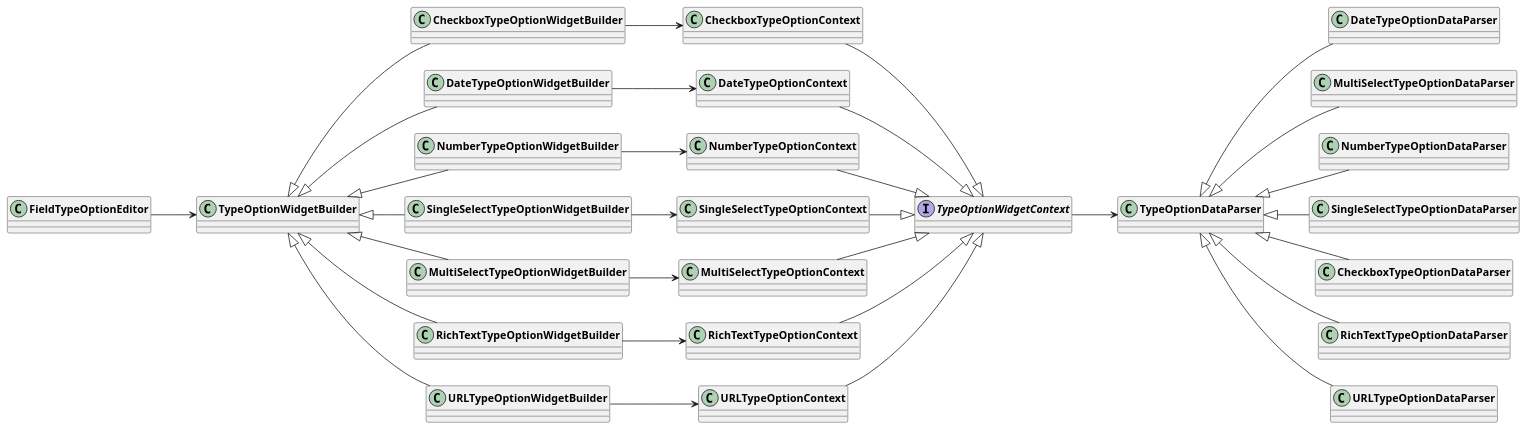
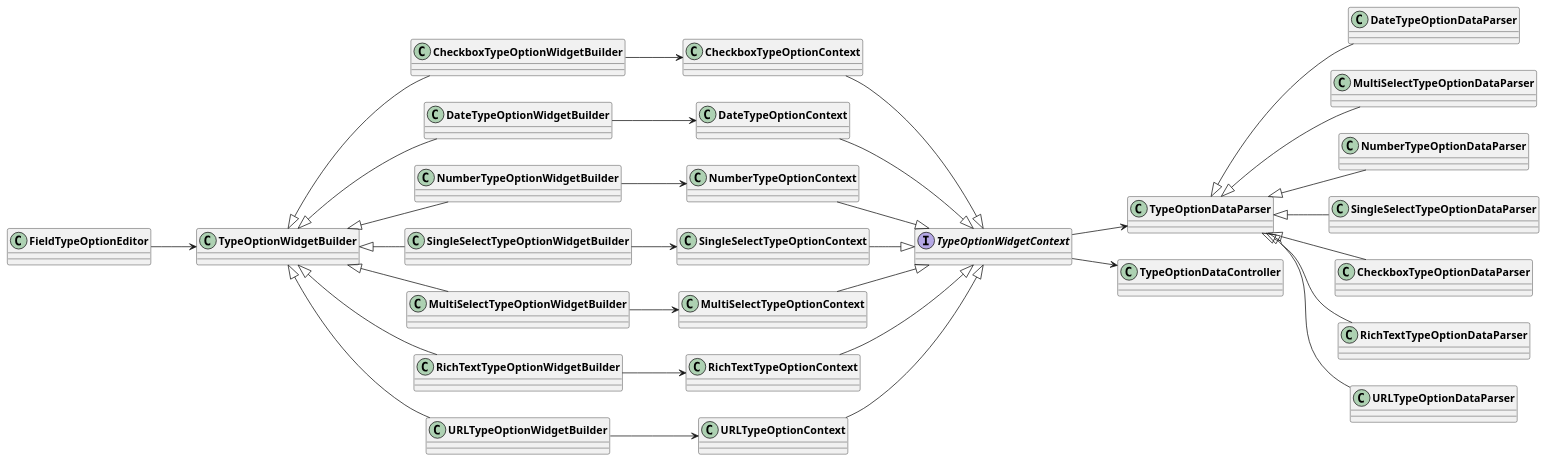
Before and after one commit to AppFlowy-IO/AppFlowy-Docs: the second of 2 diagrams in uml/dart_widget/grid_field.plantuml, drawn with PlantUML. The commit also changed other lines of this file and 2 other files, not shown here.

Commit message:
chore: update diagrams

```diff
--- a/uml/dart_widget/grid_field.plantuml
+++ b/uml/dart_widget/grid_field.plantuml
@@ -27,48 +30,50 @@
 @startuml Field Type Option Editor
 skinparam classFontStyle Bold
 skinparam ActivityBackgroundColor Silver
 skinparam ActivityBorderColor DimGray
 left to right direction
 
 interface TypeOptionWidgetContext
+
+TypeOptionWidgetContext --> TypeOptionDataController
 
 'type option builder
 FieldTypeOptionEditor --> TypeOptionWidgetBuilder
 CheckboxTypeOptionWidgetBuilder -u-|> TypeOptionWidgetBuilder
 CheckboxTypeOptionWidgetBuilder --> CheckboxTypeOptionContext
 CheckboxTypeOptionContext --|> TypeOptionWidgetContext
 
 DateTypeOptionWidgetBuilder -u-|> TypeOptionWidgetBuilder
 DateTypeOptionWidgetBuilder --> DateTypeOptionContext
 DateTypeOptionContext --|> TypeOptionWidgetContext
 
 NumberTypeOptionWidgetBuilder -u-|> TypeOptionWidgetBuilder
 NumberTypeOptionWidgetBuilder --> NumberTypeOptionContext
 NumberTypeOptionContext --|> TypeOptionWidgetContext
 
 SingleSelectTypeOptionWidgetBuilder -u-|> TypeOptionWidgetBuilder
 SingleSelectTypeOptionWidgetBuilder --> SingleSelectTypeOptionContext
 SingleSelectTypeOptionContext --|> TypeOptionWidgetContext
 
 MultiSelectTypeOptionWidgetBuilder -u-|> TypeOptionWidgetBuilder
 MultiSelectTypeOptionWidgetBuilder --> MultiSelectTypeOptionContext
 MultiSelectTypeOptionContext --|> TypeOptionWidgetContext
 
 
 RichTextTypeOptionWidgetBuilder -u-|> TypeOptionWidgetBuilder
 RichTextTypeOptionWidgetBuilder --> RichTextTypeOptionContext
 RichTextTypeOptionContext --|> TypeOptionWidgetContext
 
 URLTypeOptionWidgetBuilder -u-|> TypeOptionWidgetBuilder
 URLTypeOptionWidgetBuilder -->URLTypeOptionContext
 URLTypeOptionContext --|> TypeOptionWidgetContext
 
 TypeOptionWidgetContext --> TypeOptionDataParser
 DateTypeOptionDataParser -u-|> TypeOptionDataParser
 MultiSelectTypeOptionDataParser -u-|> TypeOptionDataParser
 NumberTypeOptionDataParser -u-|> TypeOptionDataParser
 SingleSelectTypeOptionDataParser -u-|> TypeOptionDataParser
 CheckboxTypeOptionDataParser -u-|> TypeOptionDataParser
 RichTextTypeOptionDataParser -u-|> TypeOptionDataParser
 URLTypeOptionDataParser -u-|> TypeOptionDataParser
 @enduml
```
